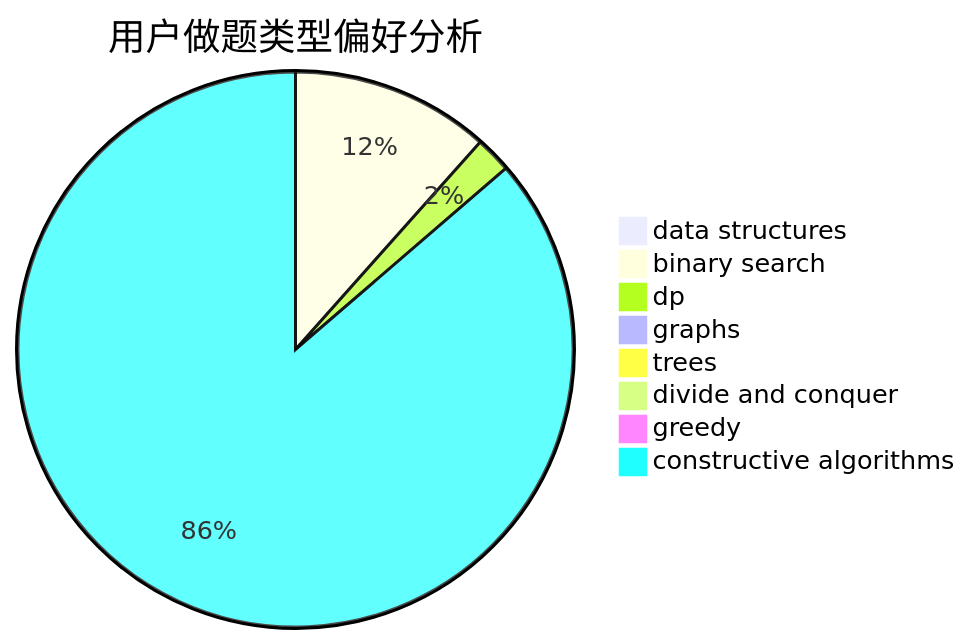
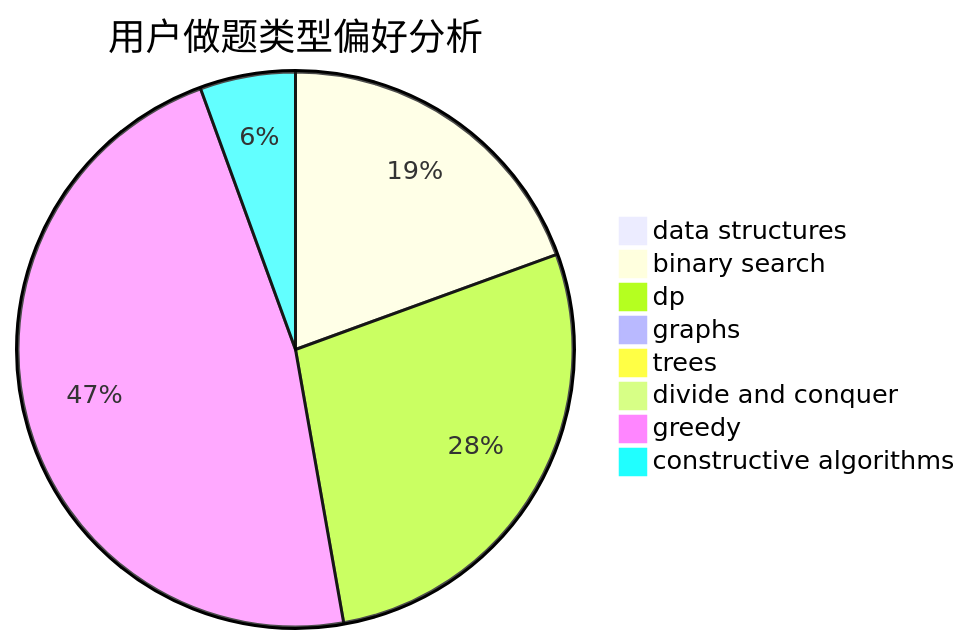
One commit to sherpahu/cfrs.github.io changed the second of 3 diagrams in docs/user/u2478.md. Above: the diagram before and after it, drawn with Mermaid. The commit also changed other lines of this file and 2770 other files, not shown here.

````diff
--- a/docs/user/u2478.md
+++ b/docs/user/u2478.md
@@ -23,11 +23,11 @@
 ```mermaid
 pie title 用户做题类型偏好分析
     "data structures" :  0
-    "binary search" :  11
-    "dp" :  2
+    "binary search" :  21
+    "dp" :  30
     "graphs" :  0
     "trees" :  0
     "divide and conquer" :  0
-    "greedy" :  0
-    "constructive algorithms" :  82
+    "greedy" :  51
+    "constructive algorithms" :  6
 ```
````
